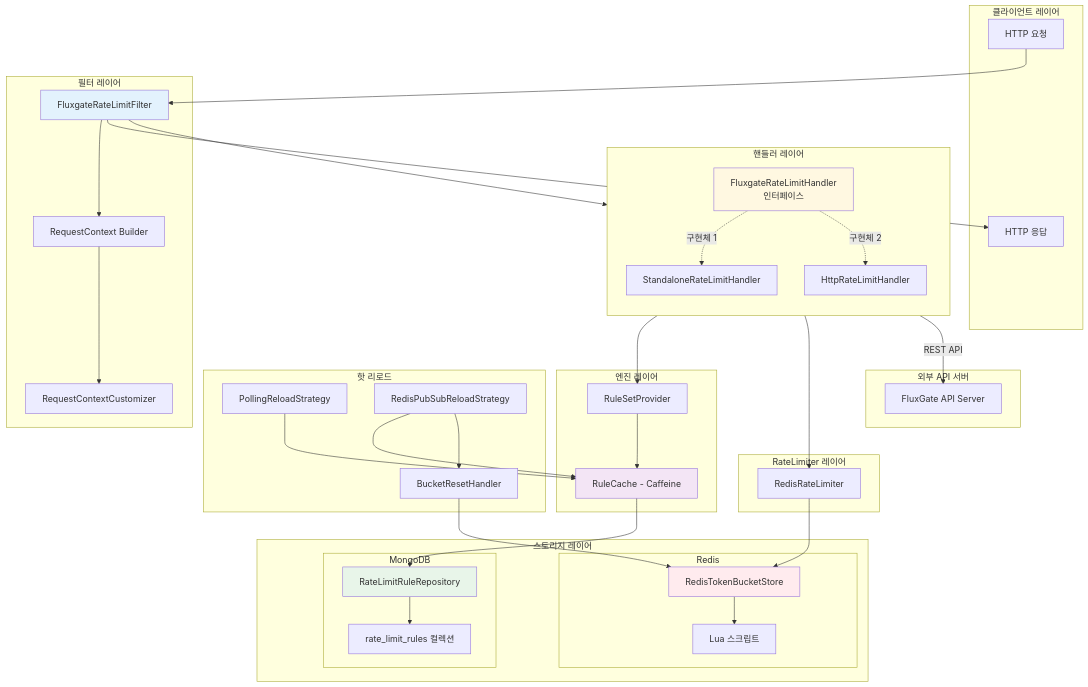
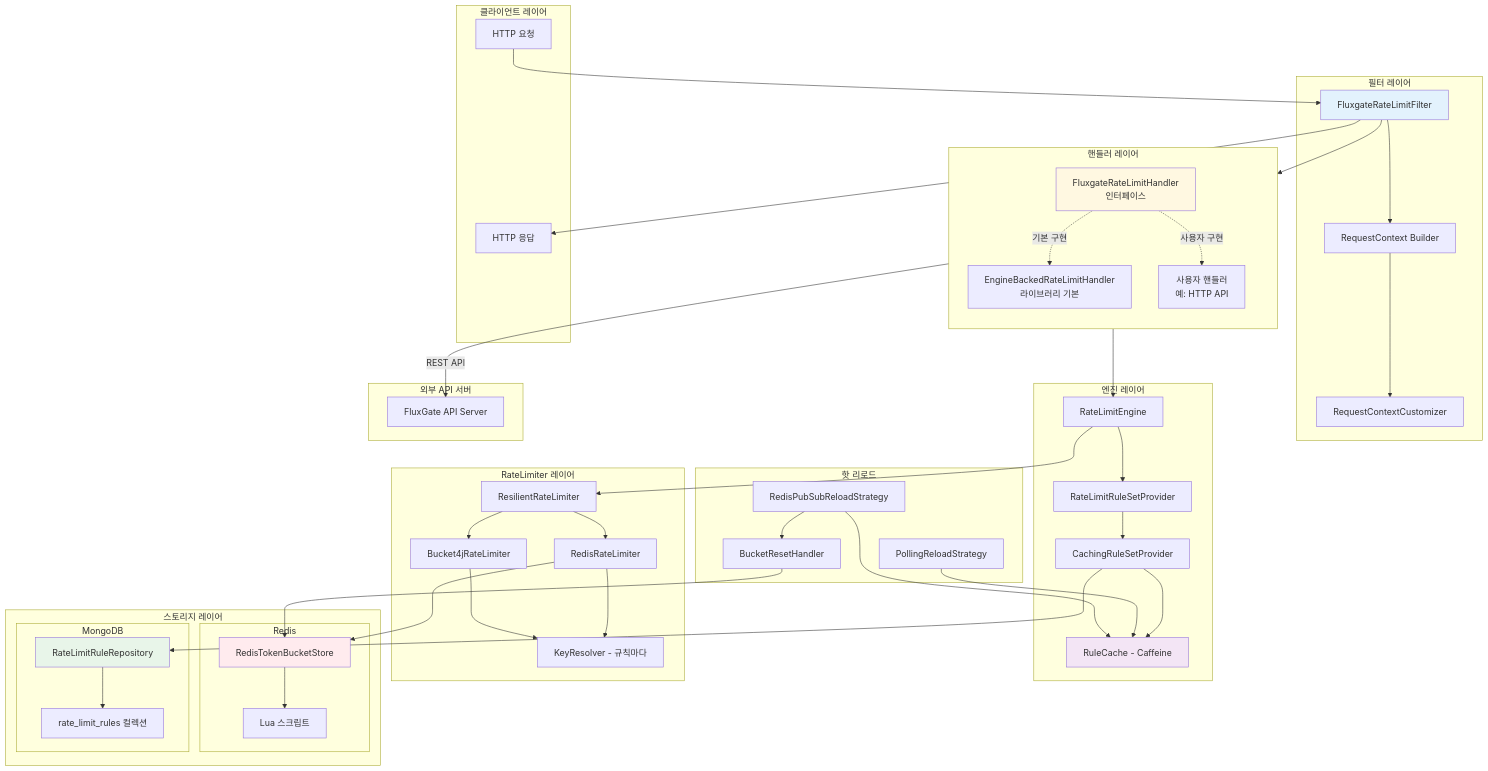
Before and after one commit to OpenFluxGate/fluxgate: the second of 11 diagrams in docs/ko/architecture/README.ko.md, drawn with Mermaid. The commit also changed other lines of this file and 33 other files, not shown here.

Commit message:
docs: 0.4 README, CHANGELOG, migration guide and architecture docs (EN/KO)

```diff
--- a/docs/ko/architecture/README.ko.md
+++ b/docs/ko/architecture/README.ko.md
@@ -86,17 +86,22 @@
     subgraph Handler["핸들러 레이어"]
         direction TB
         HI[FluxgateRateLimitHandler<br/>인터페이스]
-        SH[StandaloneRateLimitHandler]
-        HH[HttpRateLimitHandler]
+        EBH[EngineBackedRateLimitHandler<br/>라이브러리 기본]
+        HH[사용자 핸들러<br/>예: HTTP API]
     end
 
     subgraph Engine["엔진 레이어"]
-        PROV[RuleSetProvider]
+        ENG[RateLimitEngine]
+        PROV[RateLimitRuleSetProvider]
+        CPROV[CachingRuleSetProvider]
         CACHE[RuleCache - Caffeine]
     end
 
     subgraph RateLimiter["RateLimiter 레이어"]
+        RES_RL[ResilientRateLimiter]
         RRL[RedisRateLimiter]
+        B4J[Bucket4jRateLimiter]
+        KEY[KeyResolver - 규칙마다]
     end
 
     subgraph Storage["스토리지 레이어"]
@@ -124,13 +129,18 @@
     FLT --> REQ_CTX
     REQ_CTX --> CUST
     FLT --> HI
-    HI -.->|구현체 1| SH
-    HI -.->|구현체 2| HH
-    SH --> PROV
-    SH --> RRL
+    HI -.->|기본 구현| EBH
+    HI -.->|사용자 구현| HH
+    EBH --> ENG
     HH -->|REST API| API
-    PROV --> CACHE
-    CACHE --> REPO
+    ENG --> PROV
+    PROV --> CPROV
+    CPROV --> CACHE
+    CPROV --> REPO
+    ENG --> RES_RL
+    RES_RL --> RRL & B4J
+    RRL --> KEY
+    B4J --> KEY
     RRL --> TBS
     TBS --> LUA
     REPO --> COLL
```
